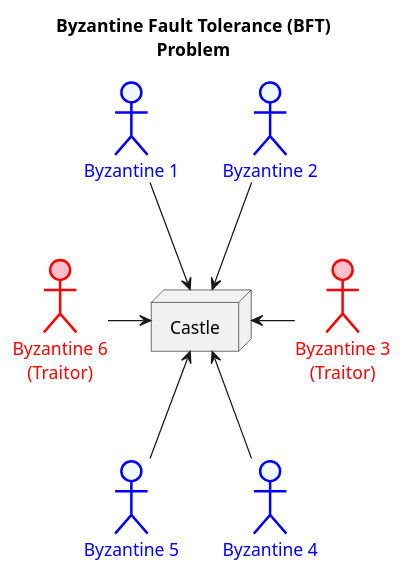
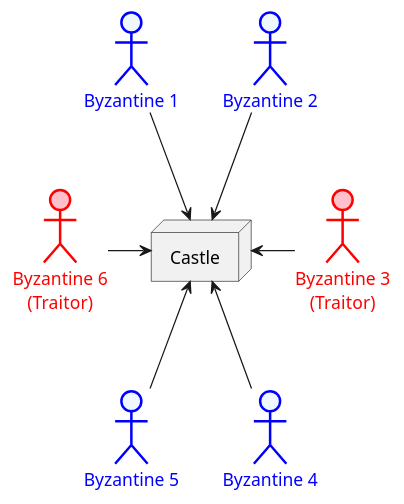
Before and after one commit to robertovicario/uninsubria-Blockchain: the diagram in docs/puml/2/1.puml, drawn with PlantUML. The commit also changed 2 other files, not shown here.

```diff
--- a/docs/puml/2/1.puml
+++ b/docs/puml/2/1.puml
@@ -1,23 +1,21 @@
 @startuml
-
-title Byzantine Fault Tolerance (BFT)\nProblem
 
 skinparam titleAlignment center
 skinparam defaultTextAlignment center
 
 node Castle
 actor "Byzantine 1" as B1 #aliceblue;line:blue;line.bold;text:blue
 actor "Byzantine 2" as B2 #aliceblue;line:blue;line.bold;text:blue
 actor "Byzantine 6\n(Traitor)" as B3 #pink;line:red;line.bold;text:red
 actor "Byzantine 5" as B4 #aliceblue;line:blue;line.bold;text:blue
 actor "Byzantine 4" as B5 #aliceblue;line:blue;line.bold;text:blue
 actor "Byzantine 3\n(Traitor)" as B6 #pink;line:red;line.bold;text:red
 
 B1 -down-> Castle
 B2 -down-> Castle
 B3 -right-> Castle
 B4 -up-> Castle
 B5 -up-> Castle
 B6 -left-> Castle
 
 @enduml
```
